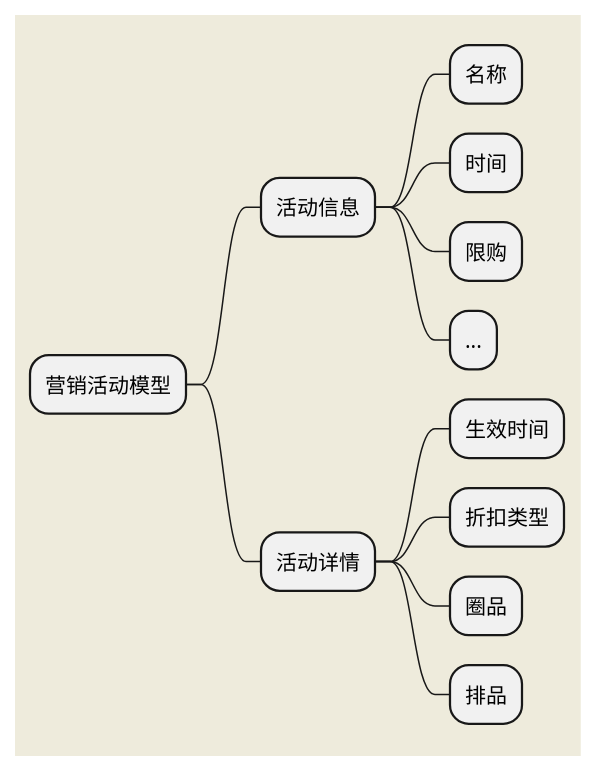
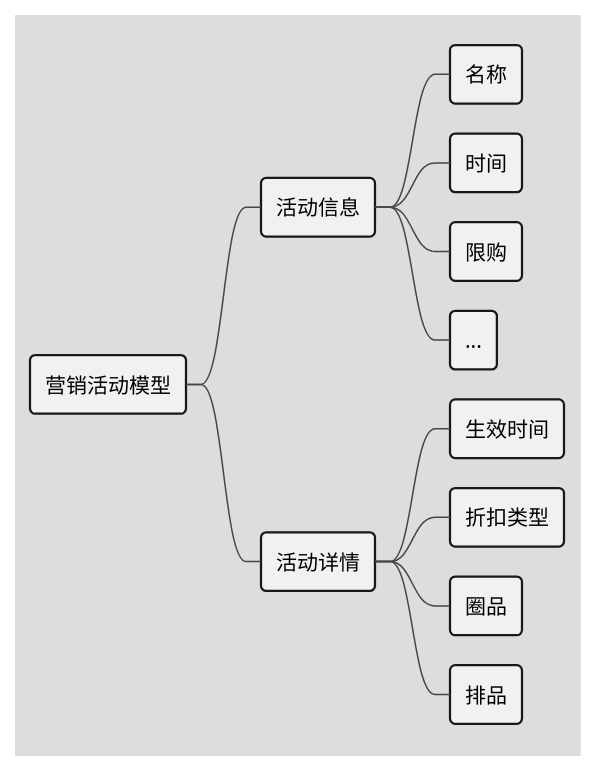
The diagram in src/main/resource/天猫校园/营销/基本框架/营销活动模型.puml (xauvlove/uml), drawn with PlantUML before and after one commit. The commit also changed 3 other files, not shown here.

```diff
--- a/src/main/resource/天猫校园/营销/基本框架/营销活动模型.puml
+++ b/src/main/resource/天猫校园/营销/基本框架/营销活动模型.puml
@@ -1,25 +1,23 @@
 @startmindmap
 'https://plantuml.com/mindmap-diagram
+
 skinparam backgroundColor #EEEBDC
+'使用 toy 主题
+!theme toy
 
 * 营销活动模型
 
 ** 活动信息
 *** 名称
 *** 时间
 *** 限购
 *** ...
 
 ** 活动详情
 *** 生效时间
 *** 折扣类型
 *** 圈品
 *** 排品
 
 
-
-
-
-
-
 @endmindmap
```
